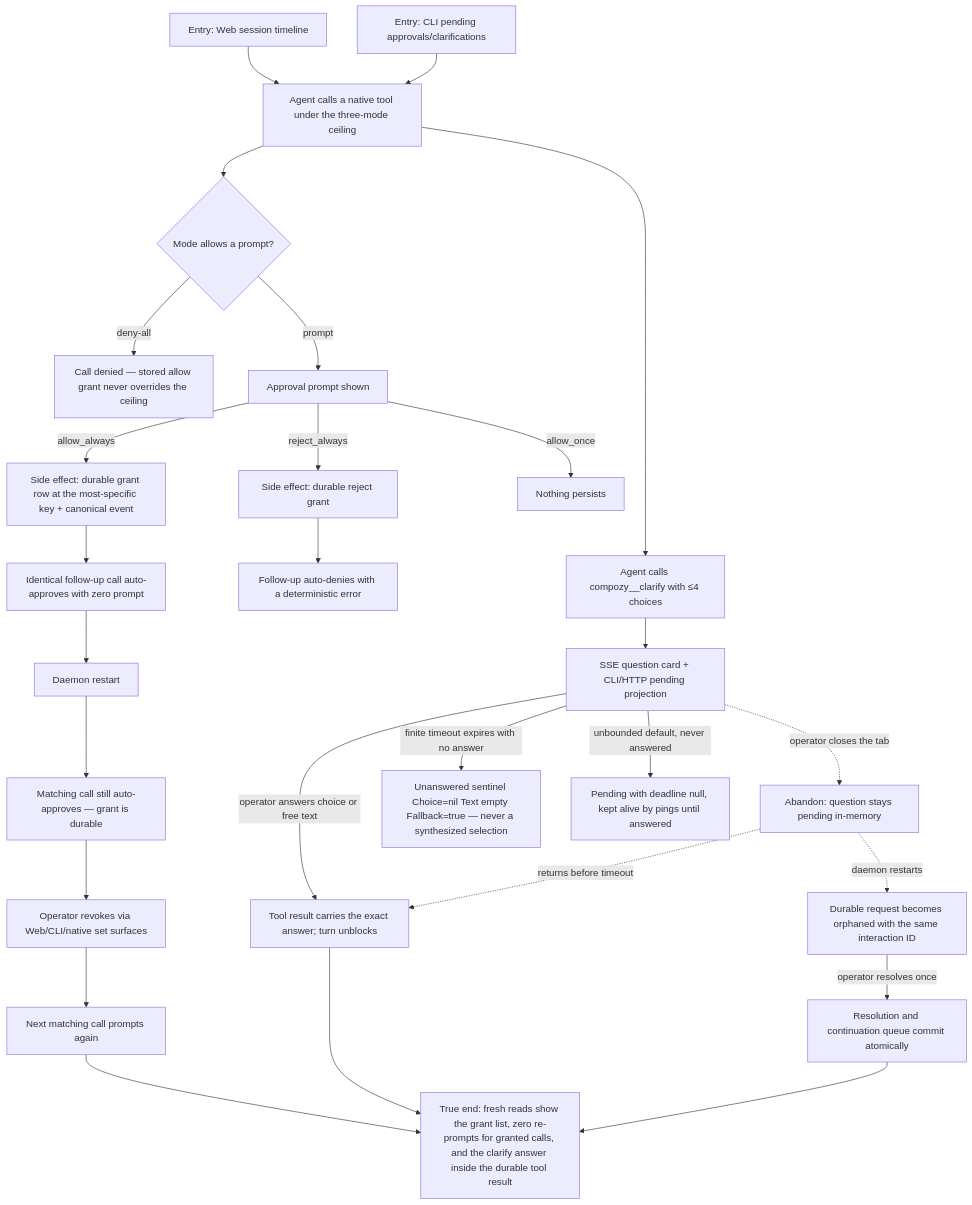
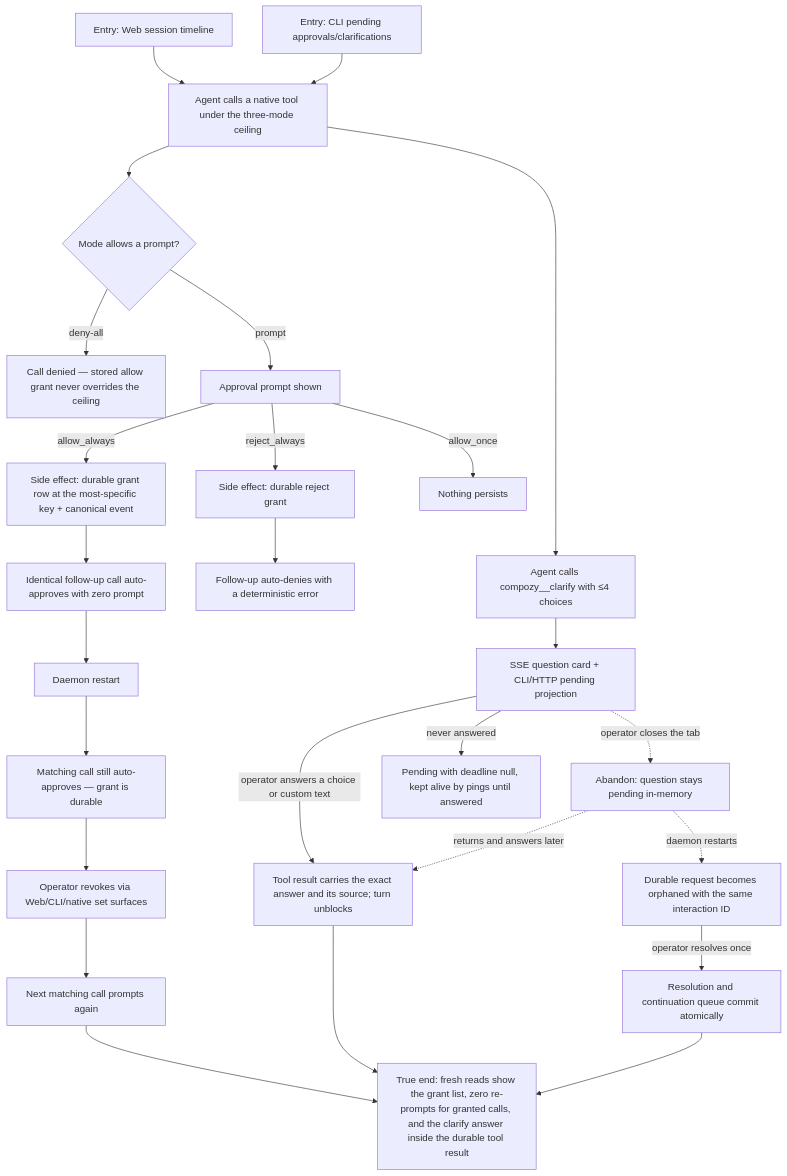
Before and after one commit to compozy/compozy: the diagram in docs/qa/journeys/J-answer-agent-requests.md, drawn with Mermaid. The commit also changed other lines of this file and 58 other files, not shown here.

First line of the commit message:
feat: remove clarify timeout and add custom clarify answer

````diff
--- a/docs/qa/journeys/J-answer-agent-requests.md
+++ b/docs/qa/journeys/J-answer-agent-requests.md
@@ -11,29 +10,28 @@
 ```mermaid
 flowchart TD
     E1[Entry: Web session timeline] --> P[Agent calls a native tool under the three-mode ceiling]
     E2[Entry: CLI pending approvals/clarifications] --> P
     P --> M{Mode allows a prompt?}
     M -->|deny-all| DENY[Call denied — stored allow grant never overrides the ceiling]
     M -->|prompt| A[Approval prompt shown]
     A -->|allow_always| G[Side effect: durable grant row at the most-specific key + canonical event]
     A -->|reject_always| RJ[Side effect: durable reject grant]
     A -->|allow_once| ONCE[Nothing persists]
     G --> F[Identical follow-up call auto-approves with zero prompt]
     RJ --> FD[Follow-up auto-denies with a deterministic error]
     F --> R[Daemon restart]
     R --> F2[Matching call still auto-approves — grant is durable]
     F2 --> RV[Operator revokes via Web/CLI/native set surfaces]
     RV --> RP[Next matching call prompts again]
     P --> C[Agent calls compozy__clarify with ≤4 choices]
     C --> Q[SSE question card + CLI/HTTP pending projection]
-    Q -->|operator answers choice or free text| AN[Tool result carries the exact answer; turn unblocks]
-    Q -->|finite timeout expires with no answer| TS[Unanswered sentinel Choice=nil Text empty Fallback=true — never a synthesized selection]
-    Q -->|unbounded default, never answered| UP[Pending with deadline null, kept alive by pings until answered]
+    Q -->|operator answers a choice or custom text| AN[Tool result carries the exact answer and its source; turn unblocks]
+    Q -->|never answered| UP[Pending with deadline null, kept alive by pings until answered]
     Q -.->|operator closes the tab| AB[Abandon: question stays pending in-memory]
-    AB -.->|returns before timeout| AN
+    AB -.->|returns and answers later| AN
     AB -.->|daemon restarts| ORPHAN[Durable request becomes orphaned with the same interaction ID]
     ORPHAN -->|operator resolves once| RESUME[Resolution and continuation queue commit atomically]
     RESUME --> TE
     AN --> TE[True end: fresh reads show the grant list, zero re-prompts for granted calls, and the clarify answer inside the durable tool result]
     RP --> TE
 ```
````
